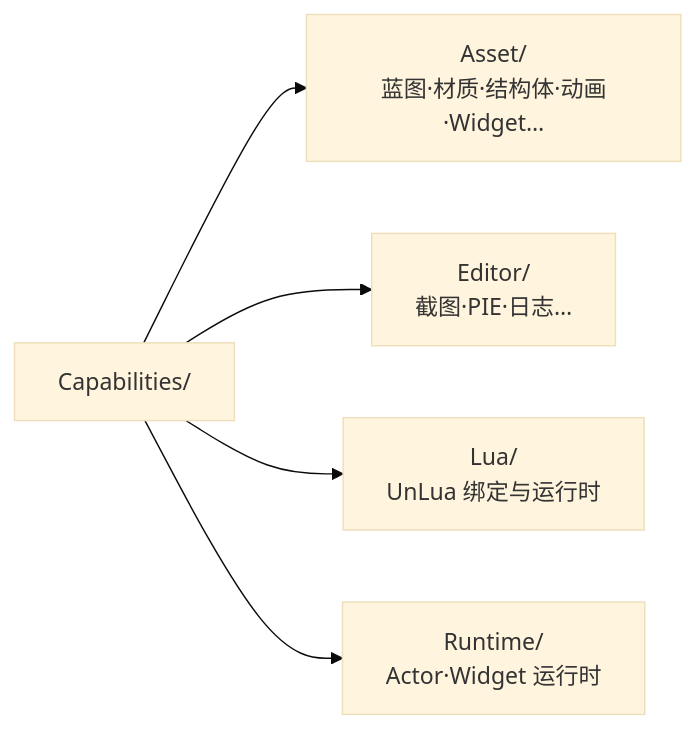
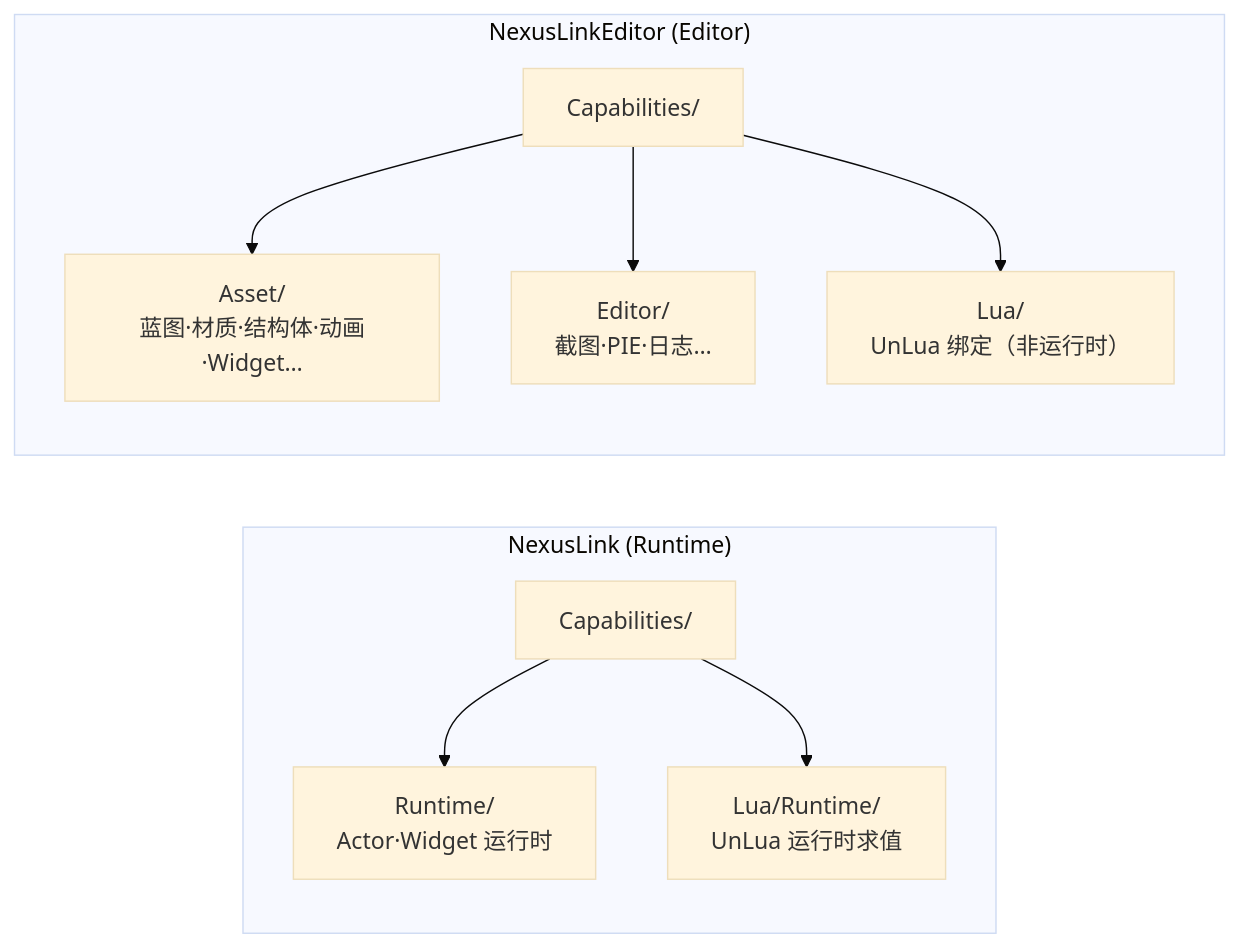
Before and after one commit to bytepine/NexusLink: the third of 6 diagrams in docs/architecture.md, drawn with Mermaid (base theme). The commit also changed other lines of this file and 540 other files, not shown here.

````diff
--- a/docs/architecture.md
+++ b/docs/architecture.md
@@ -91,8 +94,14 @@
 ```mermaid
 flowchart LR
-    Root["Capabilities/"]
-    Root --> Asset["Asset/<br/>蓝图·材质·结构体·动画·Widget…"]
-    Root --> Editor["Editor/<br/>截图·PIE·日志…"]
-    Root --> Lua["Lua/<br/>UnLua 绑定与运行时"]
-    Root --> Runtime["Runtime/<br/>Actor·Widget 运行时"]
+    subgraph RT["NexusLink (Runtime)"]
+        RootRT["Capabilities/"]
+        RootRT --> Runtime["Runtime/<br/>Actor·Widget 运行时"]
+        RootRT --> LuaRT["Lua/Runtime/<br/>UnLua 运行时求值"]
+    end
+    subgraph ED["NexusLinkEditor (Editor)"]
+        RootED["Capabilities/"]
+        RootED --> Asset["Asset/<br/>蓝图·材质·结构体·动画·Widget…"]
+        RootED --> Editor["Editor/<br/>截图·PIE·日志…"]
+        RootED --> LuaED["Lua/<br/>UnLua 绑定（非运行时）"]
+    end
 ```
````
